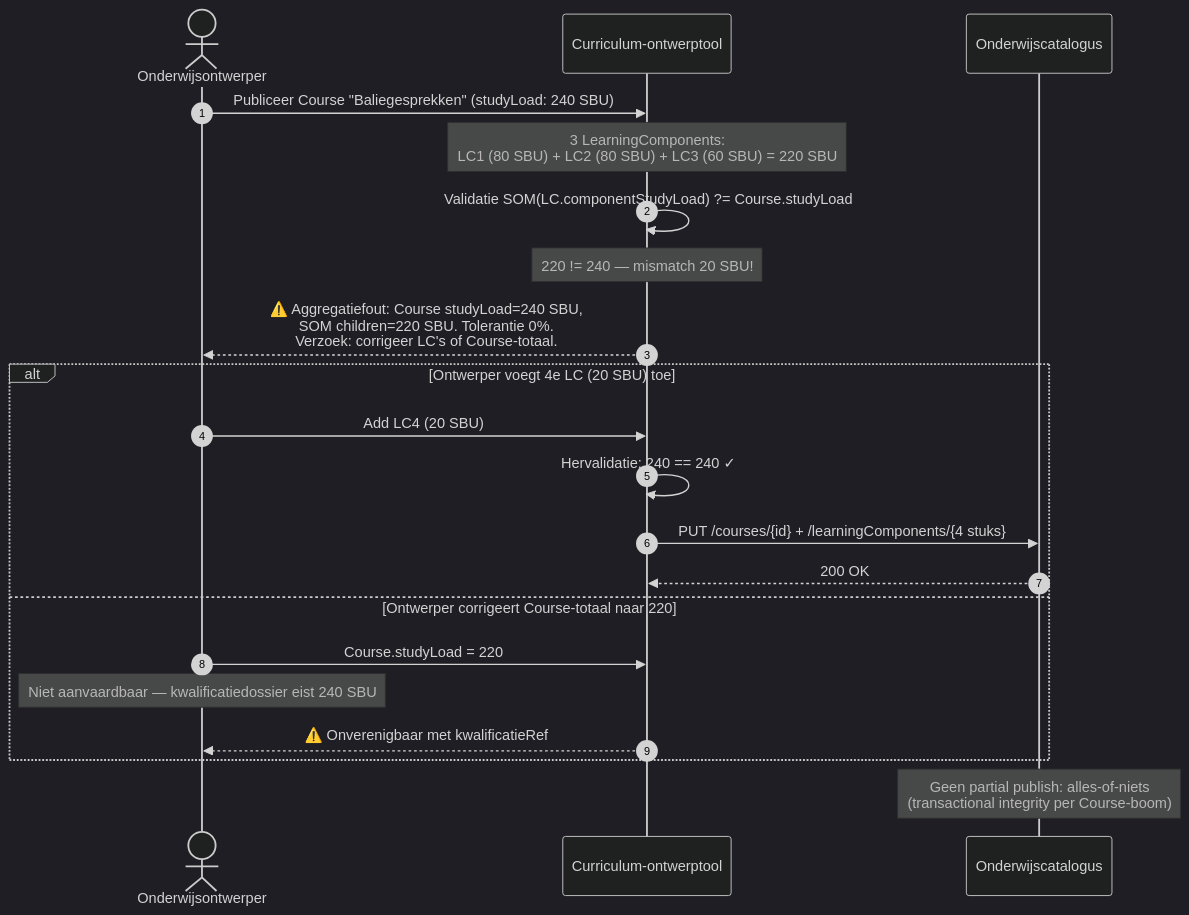
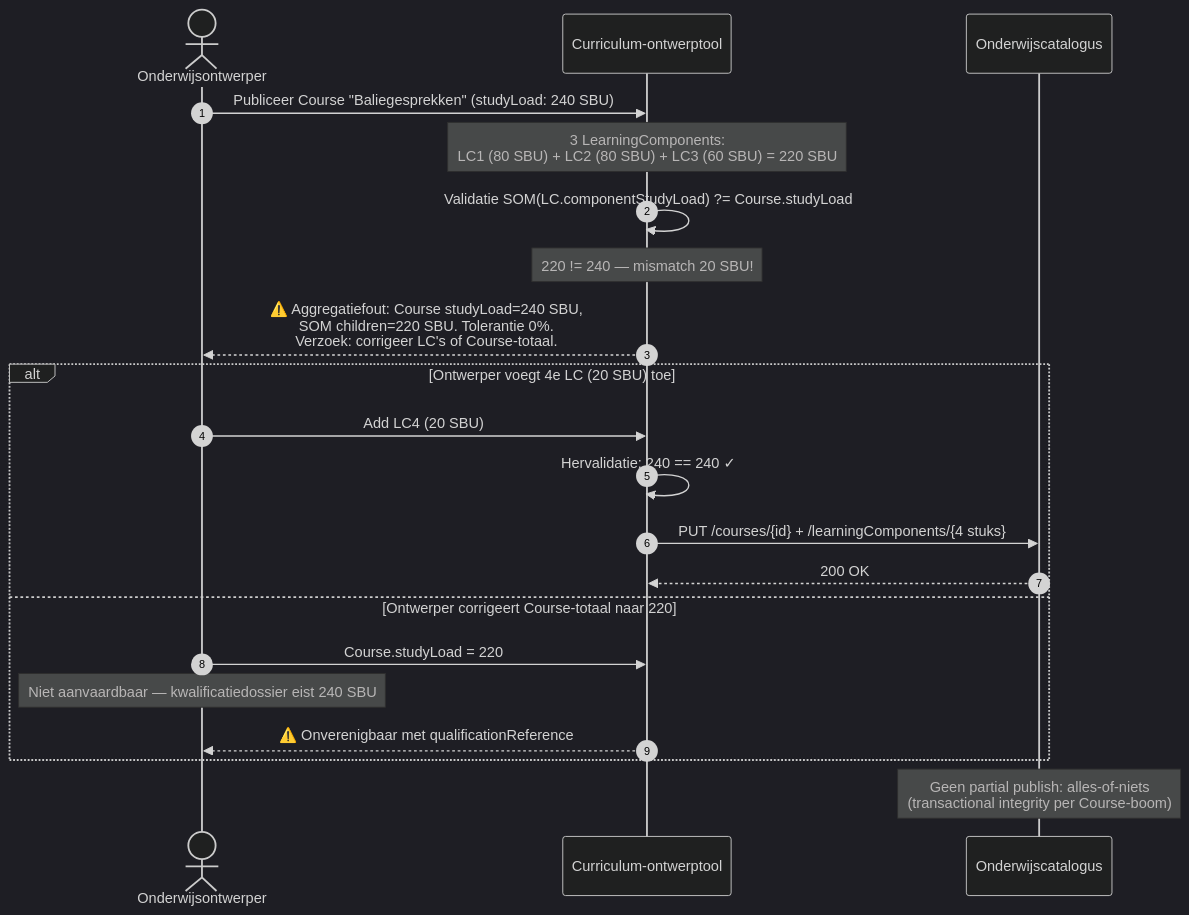
Before and after one commit to Npuls-OKx/specification: the sixth of 19 diagrams in meta/architecture/agent-artifacts/project-requests/20260414_1500_okx-oeapi-consumer-profiel.md, drawn with Mermaid (dark theme). The commit also changed other lines of this file and 4 other files, not shown here.

````diff
--- a/meta/architecture/agent-artifacts/project-requests/20260414_1500_okx-oeapi-consumer-profiel.md
+++ b/meta/architecture/agent-artifacts/project-requests/20260414_1500_okx-oeapi-consumer-profiel.md
@@ -1230,24 +1672,24 @@
 ```mermaid
 sequenceDiagram
     autonumber
     actor Ontwerper as Onderwijsontwerper
     participant CO as Curriculum-ontwerptool
     participant OC as Onderwijscatalogus
 
     Ontwerper->>CO: Publiceer Course "Baliegesprekken" (studyLoad: 240 SBU)
     Note over CO: 3 LearningComponents:<br/>LC1 (80 SBU) + LC2 (80 SBU) + LC3 (60 SBU) = 220 SBU
     CO->>CO: Validatie SOM(LC.componentStudyLoad) ?= Course.studyLoad
     Note over CO: 220 != 240 — mismatch 20 SBU!
     CO-->>Ontwerper: ⚠️ Aggregatiefout: Course studyLoad=240 SBU,<br/>SOM children=220 SBU. Tolerantie 0%.<br/>Verzoek: corrigeer LC's of Course-totaal.
     alt Ontwerper voegt 4e LC (20 SBU) toe
         Ontwerper->>CO: Add LC4 (20 SBU)
         CO->>CO: Hervalidatie: 240 == 240 ✓
         CO->>OC: PUT /courses/{id} + /learningComponents/{4 stuks}
         OC-->>CO: 200 OK
     else Ontwerper corrigeert Course-totaal naar 220
         Ontwerper->>CO: Course.studyLoad = 220
         Note over Ontwerper: Niet aanvaardbaar — kwalificatiedossier eist 240 SBU
-        CO-->>Ontwerper: ⚠️ Onverenigbaar met kwalificatieRef
+        CO-->>Ontwerper: ⚠️ Onverenigbaar met qualificationReference
     end
     Note over OC: Geen partial publish: alles-of-niets<br/>(transactional integrity per Course-boom)
 ```
````
